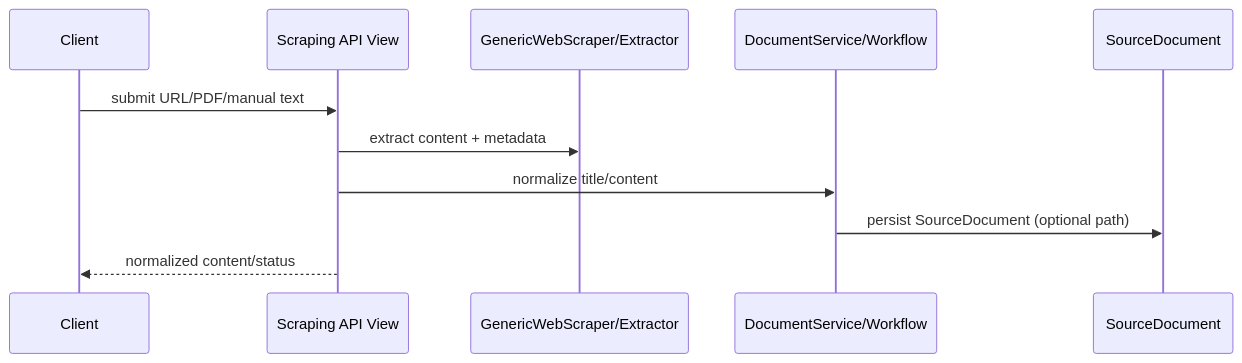
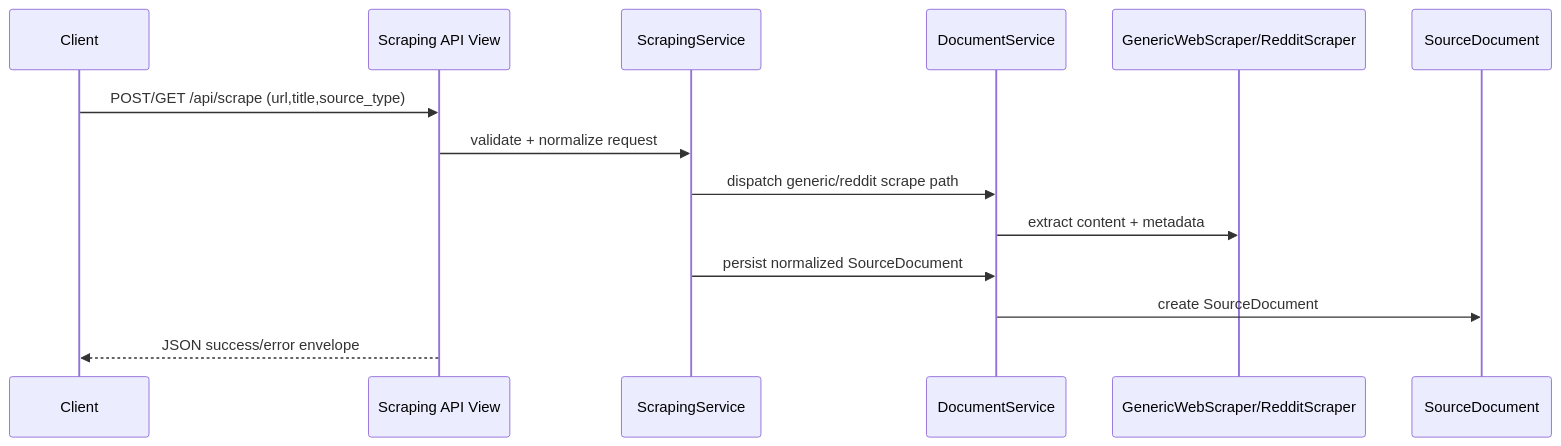
The second of 6 diagrams in docs/architecture/runtime-flows.md (jeffreywallphd-ai/LMForge), drawn with Mermaid before and after one commit. The commit also changed other lines of this file and 13 other files, not shown here.

Commit message:
Refactor scraping into service with dedicated API and web contracts

````diff
--- a/docs/architecture/runtime-flows.md
+++ b/docs/architecture/runtime-flows.md
@@ -25,14 +25,17 @@
 ```mermaid
 sequenceDiagram
   participant U as Client
   participant API as Scraping API View
-  participant INF as GenericWebScraper/Extractor
-  participant APP as DocumentService/Workflow
+  participant APP as ScrapingService
+  participant DOC as DocumentService
+  participant INF as GenericWebScraper/RedditScraper
   participant DB as SourceDocument
 
-  U->>API: submit URL/PDF/manual text
-  API->>INF: extract content + metadata
-  API->>APP: normalize title/content
-  APP->>DB: persist SourceDocument (optional path)
-  API-->>U: normalized content/status
+  U->>API: POST/GET /api/scrape (url,title,source_type)
+  API->>APP: validate + normalize request
+  APP->>DOC: dispatch generic/reddit scrape path
+  DOC->>INF: extract content + metadata
+  APP->>DOC: persist normalized SourceDocument
+  DOC->>DB: create SourceDocument
+  API-->>U: JSON success/error envelope
 ```
````
